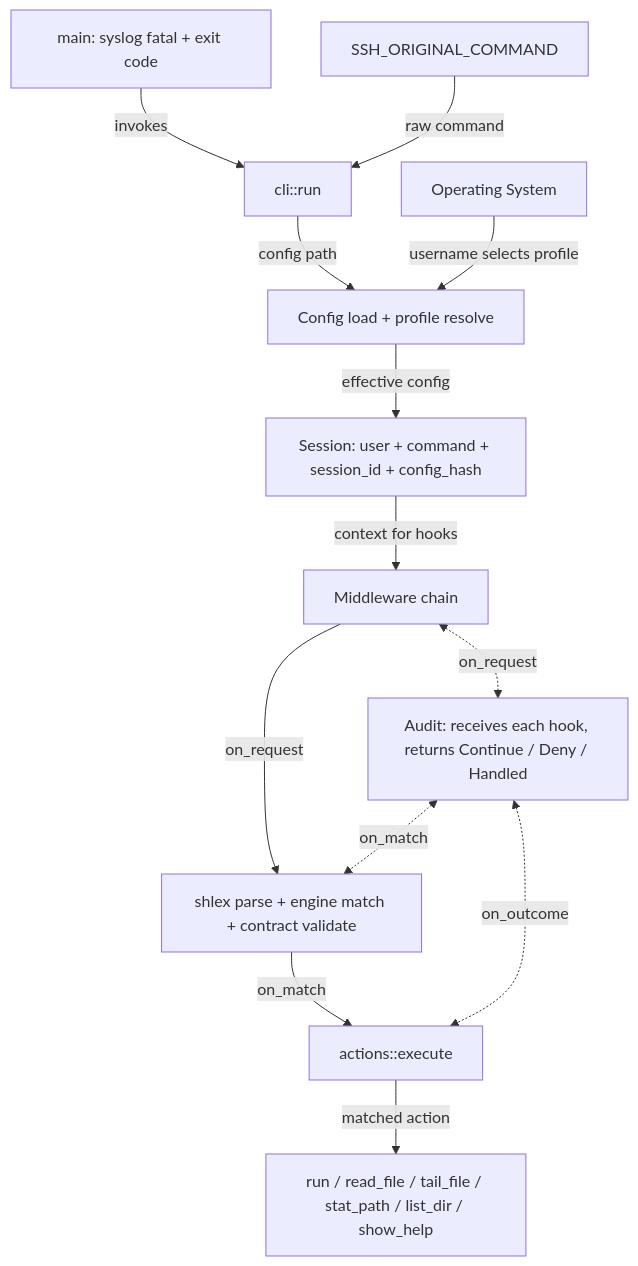
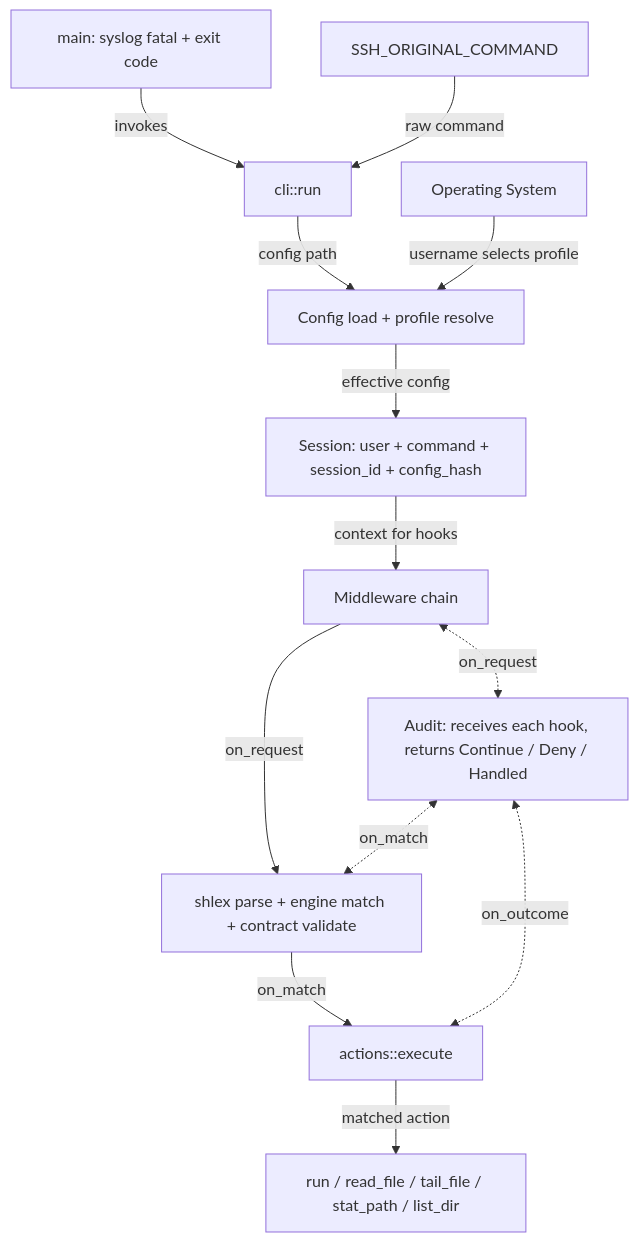
The first of 2 diagrams in docs/ARCHITECTURE.md (DaRacci/ssh-guard), drawn with Mermaid before and after one commit. The commit also changed other lines of this file and 26 other files, not shown here.

````diff
--- a/docs/ARCHITECTURE.md
+++ b/docs/ARCHITECTURE.md
@@ -17,16 +17,16 @@
 ```mermaid
 flowchart TD
     P[main: syslog fatal + exit code] -->|invokes| B[cli::run]
     A[SSH_ORIGINAL_COMMAND] -->|raw command| B
     B -->|config path| C[Config load + profile resolve]
     O[Operating System] -->|username selects profile| C
     C -->|effective config| S[Session: user + command + session_id + config_hash]
     S -->|context for hooks| D[Middleware chain]
     D -->|on_request| E[shlex parse + engine match + contract validate]
     E -->|on_match| F[actions::execute]
-    F -->|matched action| K[run / read_file / tail_file / stat_path / list_dir / show_help]
+    F -->|matched action| K[run / read_file / tail_file / stat_path / list_dir]
     I[Audit: receives each hook, returns Continue / Deny / Handled]
     D <-.->|on_request| I
     I <-.->|on_match| E
     I <-.->|on_outcome| F
 ```
````
